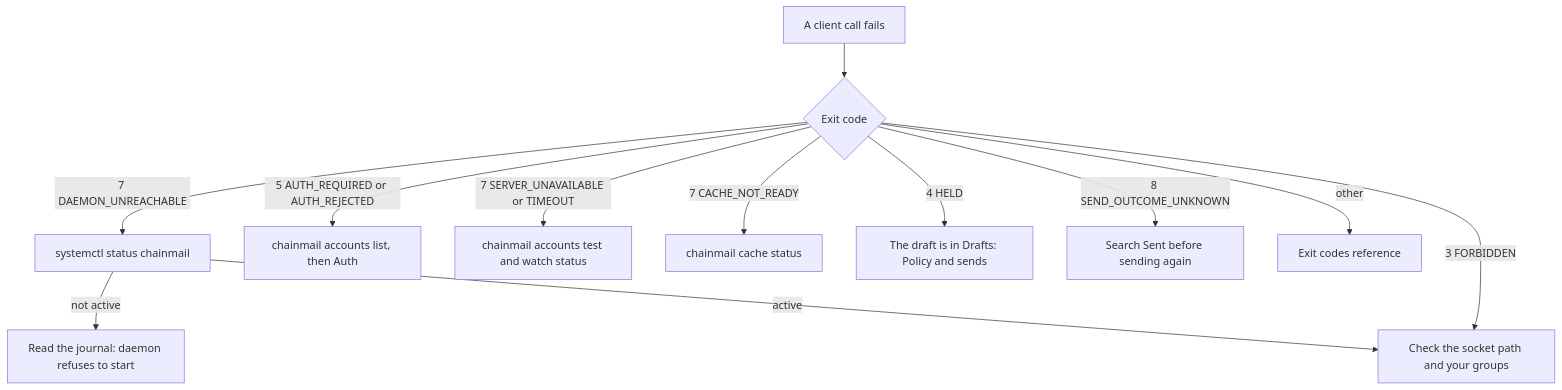
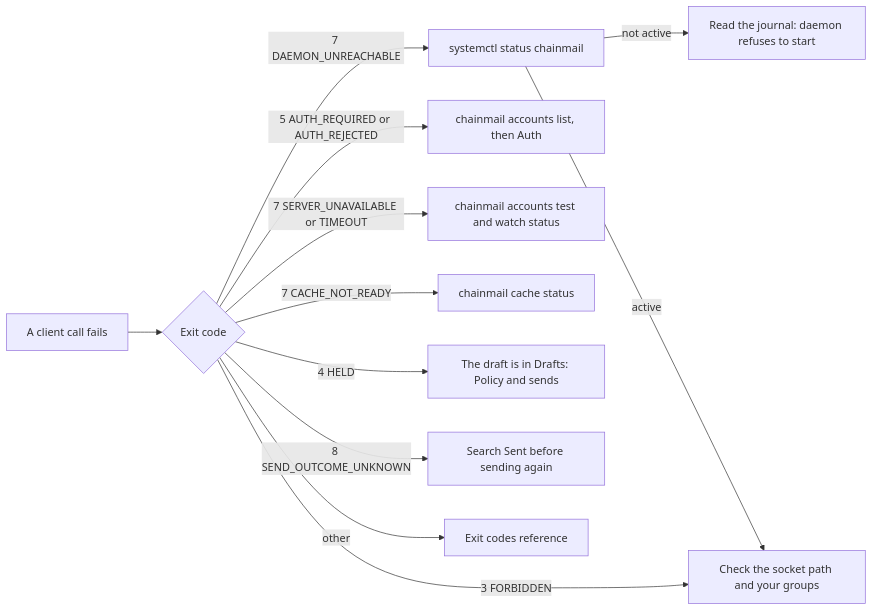
Before and after one commit to yaklabco/chainmail: the diagram in website/docs/operations/health.md, drawn with Mermaid. The commit also changed 19 other files, not shown here.

First line of the commit message:
docs(website): restyle tables and diagrams to match the site (#37)

````diff
--- a/website/docs/operations/health.md
+++ b/website/docs/operations/health.md
@@ -64,14 +64,14 @@
 ```mermaid
-flowchart TD
+flowchart LR
   A[A client call fails] --> B{Exit code}
   B -- "7 DAEMON_UNREACHABLE" --> C[systemctl status chainmail]
   C -- "not active" --> D[Read the journal: daemon refuses to start]
   C -- "active" --> E[Check the socket path and your groups]
   B -- "3 FORBIDDEN" --> E
   B -- "5 AUTH_REQUIRED or AUTH_REJECTED" --> F[chainmail accounts list, then Auth]
   B -- "7 SERVER_UNAVAILABLE or TIMEOUT" --> G[chainmail accounts test and watch status]
   B -- "7 CACHE_NOT_READY" --> H[chainmail cache status]
   B -- "4 HELD" --> I[The draft is in Drafts: Policy and sends]
   B -- "8 SEND_OUTCOME_UNKNOWN" --> J[Search Sent before sending again]
   B -- "other" --> K[Exit codes reference]
 ```
````
